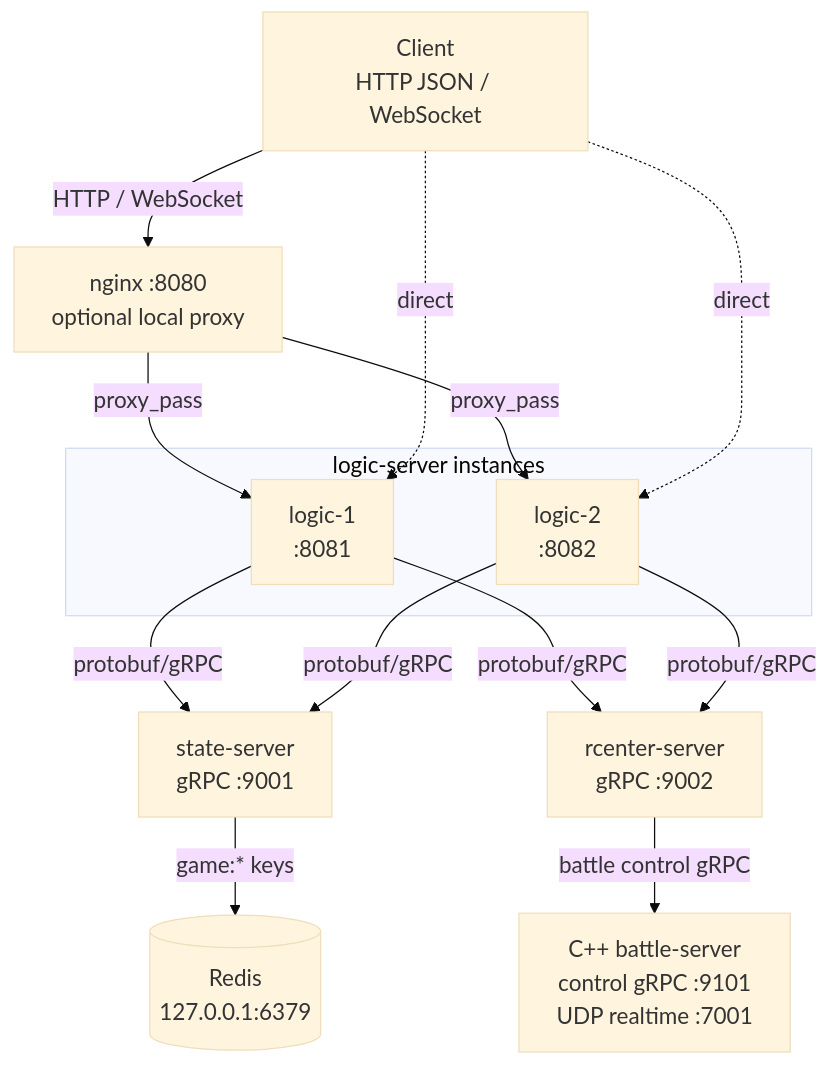
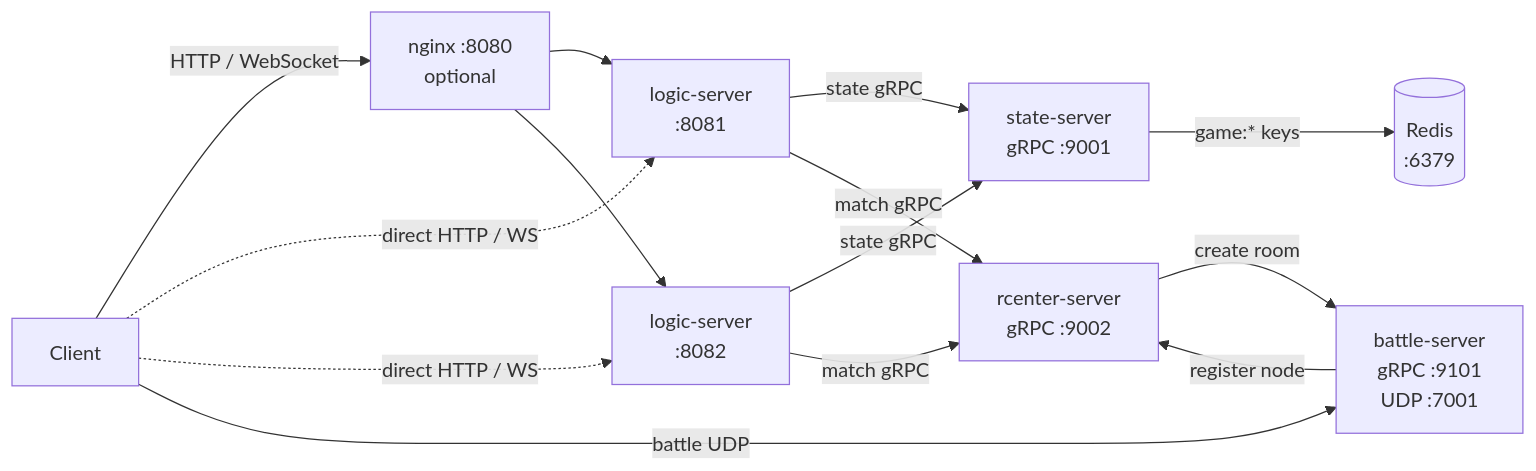
Before and after one commit to zzzhr666/server: the first of 4 diagrams in docs/architecture.md, drawn with Mermaid. The commit also changed other lines of this file and 2 other files, not shown here.

````diff
--- a/docs/architecture.md
+++ b/docs/architecture.md
@@ -11,28 +7,25 @@
 ```mermaid
-%%{init: {"theme": "base", "themeVariables": {"fontSize": "18px", "fontFamily": "Arial"}}}%%
-flowchart TB
-    client["Client<br/>HTTP JSON / WebSocket"]
-    nginx["nginx :8080<br/>optional local proxy"]
-
-    subgraph logic["logic-server instances"]
-        logic1["logic-1<br/>:8081"]
-        logic2["logic-2<br/>:8082"]
-    end
-
-    stateServer["state-server<br/>gRPC :9001"]
-    rcenterServer["rcenter-server<br/>gRPC :9002"]
-    battleServer["C++ battle-server<br/>control gRPC :9101<br/>UDP realtime :7001"]
-    redis[("Redis<br/>127.0.0.1:6379")]
+flowchart LR
+    client["Client"]
+    nginx["nginx :8080<br/>optional"]
+    logic1["logic-server<br/>:8081"]
+    logic2["logic-server<br/>:8082"]
+    state["state-server<br/>gRPC :9001"]
+    rcenter["rcenter-server<br/>gRPC :9002"]
+    battle["battle-server<br/>gRPC :9101<br/>UDP :7001"]
+    redis[("Redis<br/>:6379")]
 
     client -->|"HTTP / WebSocket"| nginx
-    nginx -->|"proxy_pass"| logic1
-    nginx -->|"proxy_pass"| logic2
-    client -. direct .-> logic1
-    client -. direct .-> logic2
-    logic1 -->|"protobuf/gRPC"| stateServer
-    logic2 -->|"protobuf/gRPC"| stateServer
-    logic1 -->|"protobuf/gRPC"| rcenterServer
-    logic2 -->|"protobuf/gRPC"| rcenterServer
-    rcenterServer -->|"battle control gRPC"| battleServer
-    stateServer -->|"game:* keys"| redis
+    nginx --> logic1
+    nginx --> logic2
+    client -.->|"direct HTTP / WS"| logic1
+    client -.->|"direct HTTP / WS"| logic2
+    logic1 -->|"state gRPC"| state
+    logic2 -->|"state gRPC"| state
+    state -->|"game:* keys"| redis
+    logic1 -->|"match gRPC"| rcenter
+    logic2 -->|"match gRPC"| rcenter
+    battle -->|"register node"| rcenter
+    rcenter -->|"create room"| battle
+    client -->|"battle UDP"| battle
 ```
````
